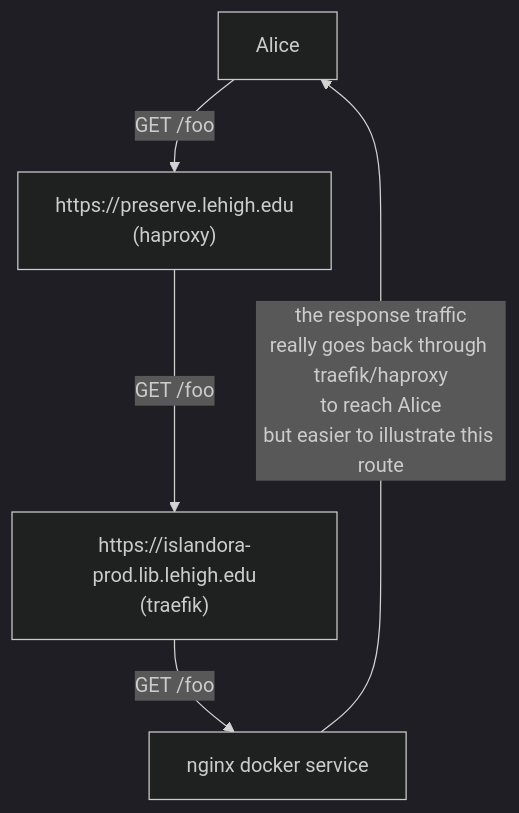
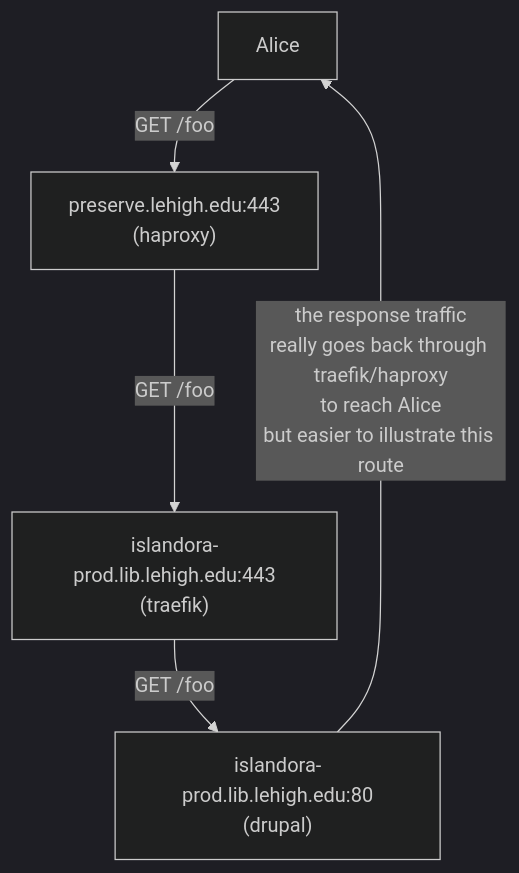
One commit to lehigh-university-libraries/isle-preserve changed the first of 2 diagrams in README.md. Above: the diagram before and after it, drawn with Mermaid (dark theme). The commit also changed other lines of this file and 20 other files, not shown here.

````diff
--- a/README.md
+++ b/README.md
@@ -31,11 +33,11 @@
 ```mermaid
 flowchart TD
     Alice[Alice]
-    haproxy["https://preserve.lehigh.edu<br>(haproxy)"]
-    islandora-traefik["https://islandora-prod.lib.lehigh.edu<br>(traefik)"]
-    islandora-nginx-drupal["nginx docker service"]
+    haproxy["preserve.lehigh.edu:443<br>(haproxy)"]
+    islandora-traefik["islandora-prod.lib.lehigh.edu:443<br>(traefik)"]
+    islandora-nginx-drupal["islandora-prod.lib.lehigh.edu:80<br>(drupal)"]
     Alice -- GET /foo --> haproxy
     haproxy -- GET /foo --> islandora-traefik
     islandora-traefik -- GET /foo --> islandora-nginx-drupal
     islandora-nginx-drupal -- "the response traffic<br>really goes back through traefik/haproxy<br>to reach Alice<br>but easier to illustrate this route" --> Alice
 ```
````
